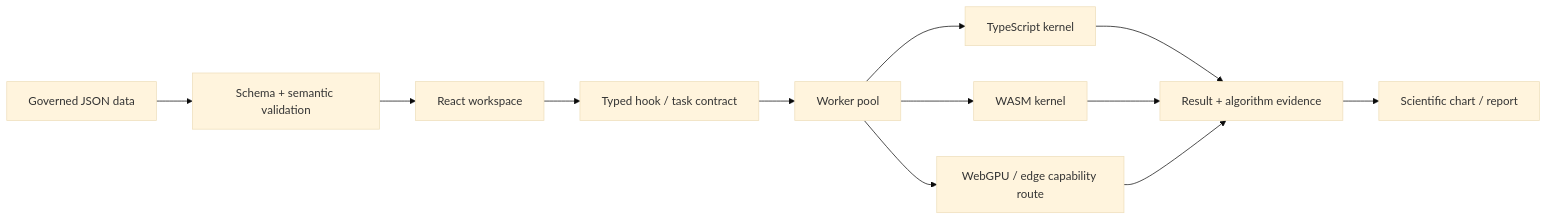
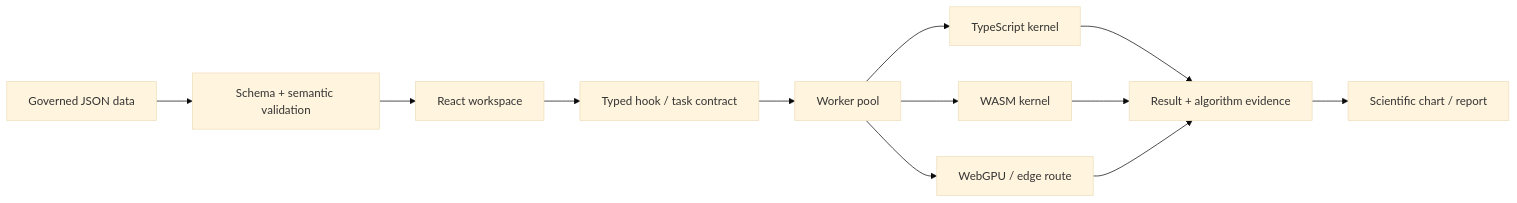
The diagram in README.md (SUNHAOJUN22/ResinDB-Pro-by-SunHJ), drawn with Mermaid (base theme) before and after one commit. The commit also changed other lines of this file and 17 other files, not shown here.

Commit message:
docs: deliver bilingual mathematical README and AI diagrams

````diff
--- a/README.md
+++ b/README.md
@@ -165,14 +217,14 @@
 ```mermaid
 flowchart LR
   DATA[Governed JSON data] --> VALIDATE[Schema + semantic validation]
   VALIDATE --> UI[React workspace]
   UI --> HOOK[Typed hook / task contract]
   HOOK --> POOL[Worker pool]
   POOL --> TS[TypeScript kernel]
   POOL --> WASM[WASM kernel]
-  POOL --> FUTURE[WebGPU / edge capability route]
+  POOL --> FUTURE[WebGPU / edge route]
   TS --> EVIDENCE[Result + algorithm evidence]
   WASM --> EVIDENCE
   FUTURE --> EVIDENCE
   EVIDENCE --> CHART[Scientific chart / report]
 ```
````
